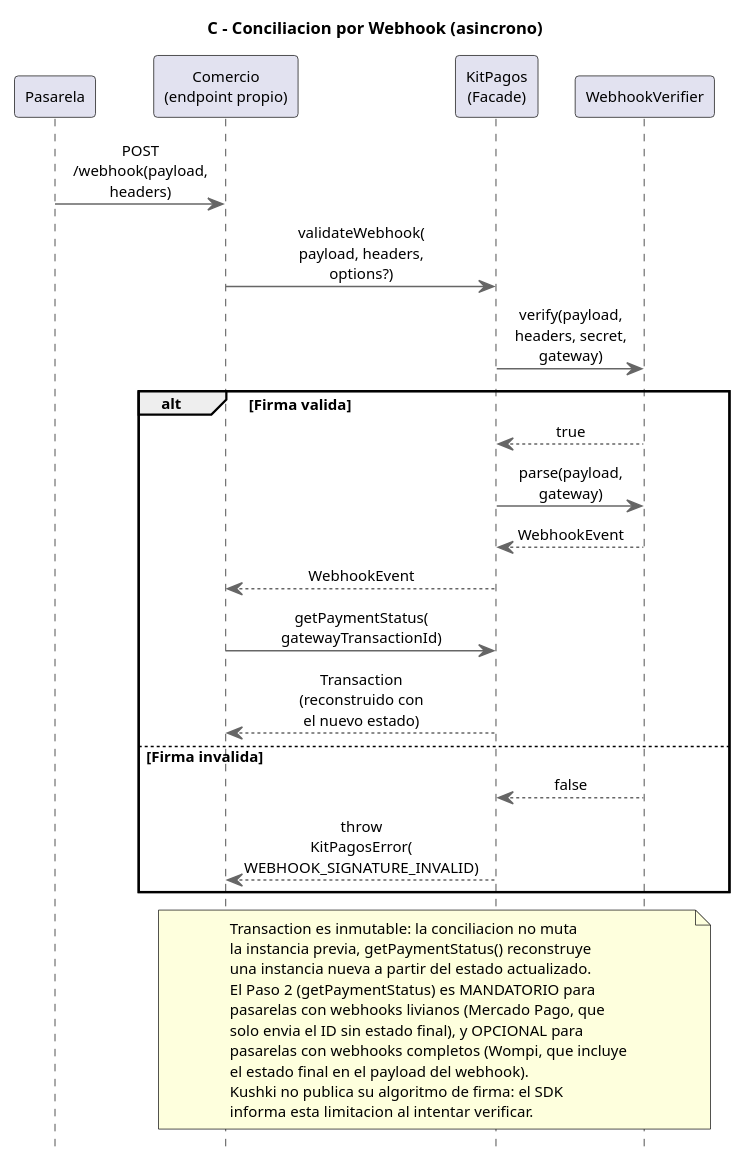
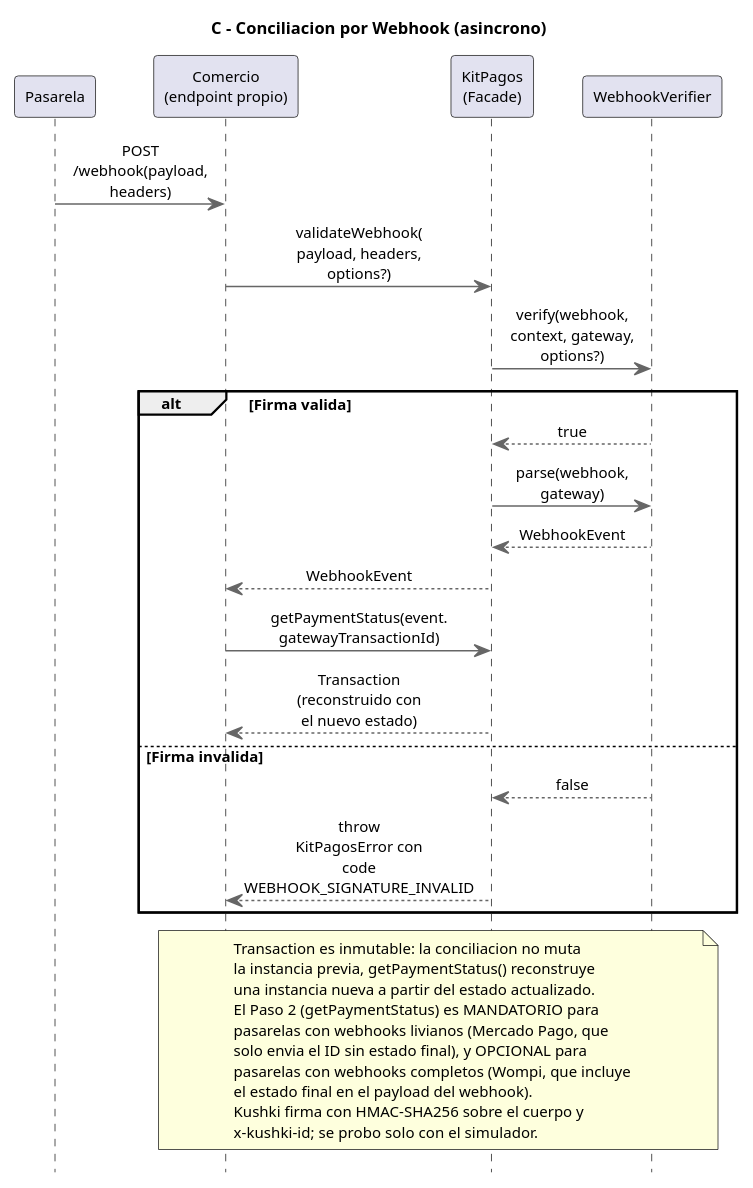
The diagram in docs/architecture/SDK/diagrams-source/sequence-webhook-conciliation.puml (PurosBrothers/Kit-Pagos-Colombia---Tesis), drawn with PlantUML before and after one commit. The commit also changed 2 other files, not shown here.

Commit message:
docs(docs): match the webhook conciliation figure to the SDK
- Show verify(webhook, context, gateway, options?) and
  parse(webhook, gateway), as declared in WebhookVerifier.ts.
- getPaymentStatus() receives event.gatewayTransactionId, and the
  error carries WEBHOOK_SIGNATURE_INVALID in its code field.
- The note no longer says that Kushki's signature cannot be checked:
  KushkiWebhookHandler verifies HMAC-SHA256 over the body and
  x-kushki-id, tested only against the simulator.

```diff
--- a/docs/architecture/SDK/diagrams-source/sequence-webhook-conciliation.puml
+++ b/docs/architecture/SDK/diagrams-source/sequence-webhook-conciliation.puml
@@ -1,54 +1,54 @@
 @startuml Sequence Diagram - Webhook Conciliation
 title C - Conciliacion por Webhook (asincrono)
 skinparam backgroundColor white
 skinparam defaultFontName Helvetica
 skinparam defaultFontSize 10
 skinparam titleFontSize 11
 skinparam ParticipantFontSize 10
 skinparam ActorFontSize 10
 skinparam ArrowFontSize 10
 skinparam NoteFontSize 10
 skinparam SequenceGroupFontSize 10
 skinparam SequenceGroupHeaderFontSize 10
 skinparam SequenceDividerFontSize 10
 skinparam maxMessageSize 90
 hide footbox
 skinparam sequenceMessageAlign center
 skinparam ArrowColor #666666
 skinparam LifeLineBorderColor #666666
 
 participant "Pasarela" as Pasarela
 participant "Comercio\n(endpoint propio)" as Comercio
 participant "KitPagos\n(Facade)" as Facade
 participant "WebhookVerifier" as Verifier
 
 Pasarela -> Comercio : POST /webhook(payload, headers)
 Comercio -> Facade : validateWebhook(\npayload, headers,\noptions?)
-Facade -> Verifier : verify(payload,\nheaders, secret,\ngateway)
+Facade -> Verifier : verify(webhook,\ncontext, gateway,\noptions?)
 
 alt Firma valida
   Verifier --> Facade : true
-  Facade -> Verifier : parse(payload, gateway)
+  Facade -> Verifier : parse(webhook, gateway)
   Verifier --> Facade : WebhookEvent
   Facade --> Comercio : WebhookEvent
-  Comercio -> Facade : getPaymentStatus(\ngatewayTransactionId)
+  Comercio -> Facade : getPaymentStatus(event.\ngatewayTransactionId)
   Facade --> Comercio : Transaction (reconstruido con el nuevo estado)
 else Firma invalida
   Verifier --> Facade : false
-  Facade --> Comercio : throw KitPagosError(\nWEBHOOK_SIGNATURE_INVALID)
+  Facade --> Comercio : throw KitPagosError con code\nWEBHOOK_SIGNATURE_INVALID
 end
 
 note over Comercio, Verifier
   Transaction es inmutable: la conciliacion no muta
   la instancia previa, getPaymentStatus() reconstruye
   una instancia nueva a partir del estado actualizado.
   El Paso 2 (getPaymentStatus) es MANDATORIO para
   pasarelas con webhooks livianos (Mercado Pago, que
   solo envia el ID sin estado final), y OPCIONAL para
   pasarelas con webhooks completos (Wompi, que incluye
   el estado final en el payload del webhook).
-  Kushki no publica su algoritmo de firma: el SDK
-  informa esta limitacion al intentar verificar.
+  Kushki firma con HMAC-SHA256 sobre el cuerpo y
+  x-kushki-id; se probo solo con el simulador.
 end note
 
 @enduml
```
